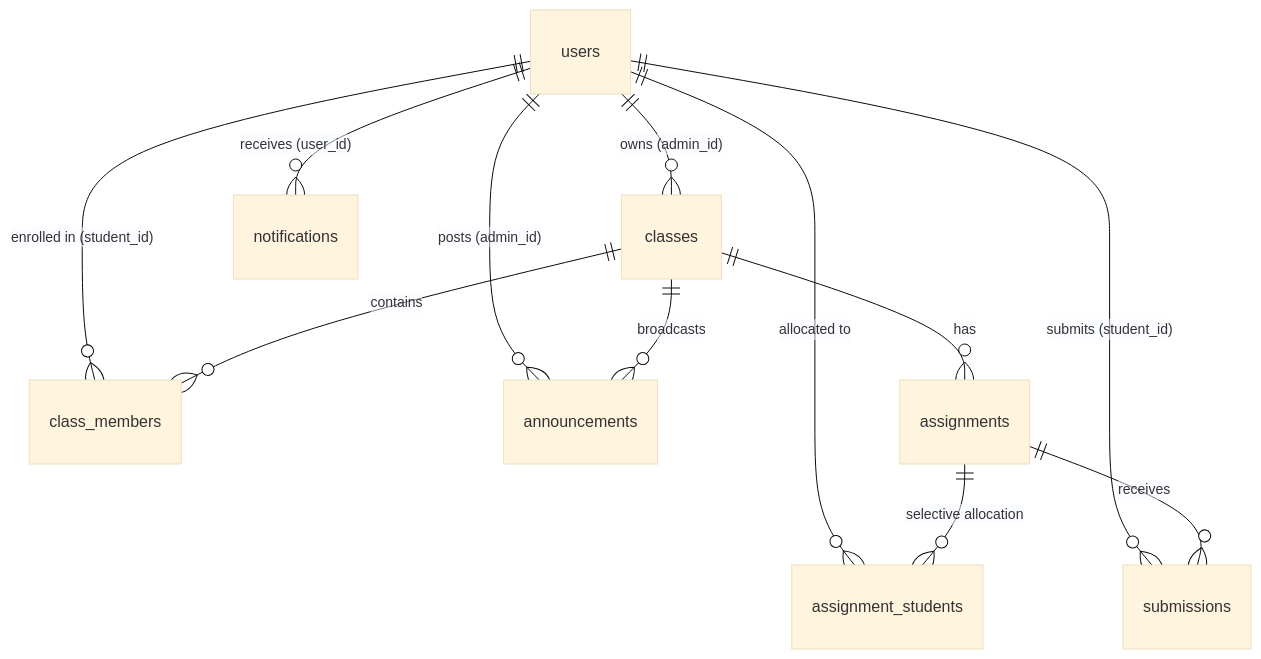
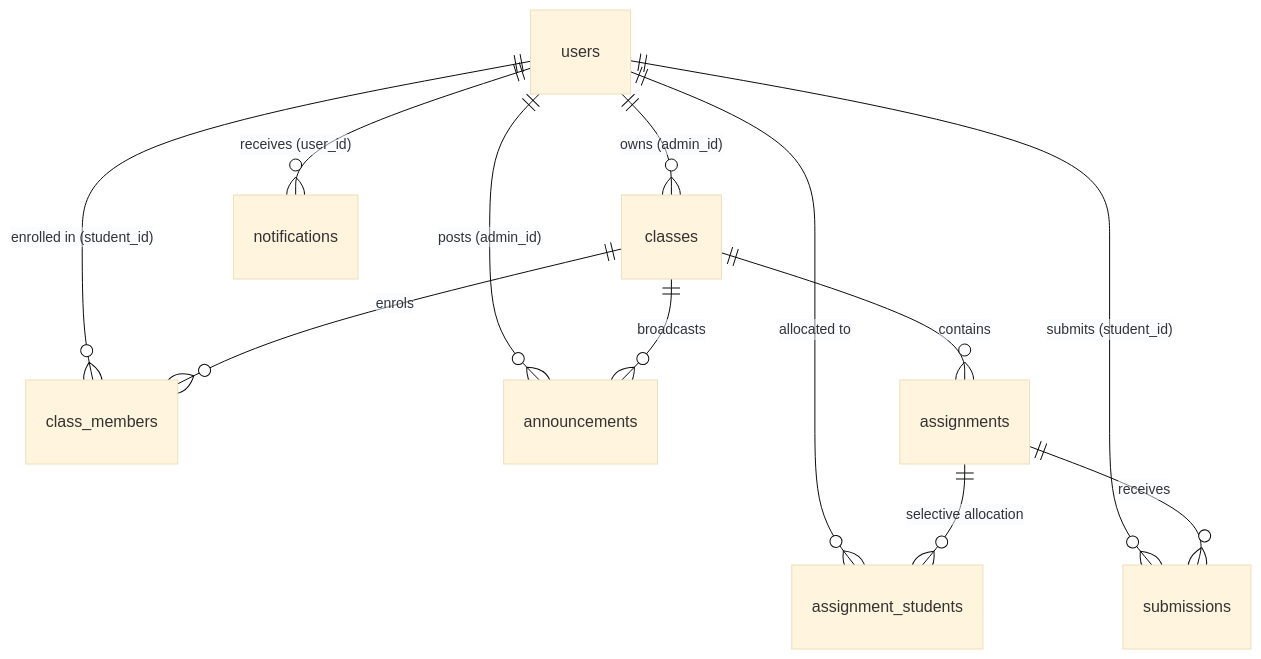
One commit to DarshanDevadiga/assignora changed the third of 3 diagrams in README.md. Above: the diagram before and after it, drawn with Mermaid (base theme). The commit also changed other lines of this file and 2 other files, not shown here.

````diff
--- a/README.md
+++ b/README.md
@@ -143,14 +444,14 @@
 ```mermaid
 erDiagram
     users ||--o{ classes : "owns (admin_id)"
     users ||--o{ class_members : "enrolled in (student_id)"
     users ||--o{ assignment_students : "allocated to"
     users ||--o{ submissions : "submits (student_id)"
     users ||--o{ announcements : "posts (admin_id)"
     users ||--o{ notifications : "receives (user_id)"
-    classes ||--o{ class_members : "contains"
-    classes ||--o{ assignments : "has"
+    classes ||--o{ class_members : "enrols"
+    classes ||--o{ assignments : "contains"
     classes ||--o{ announcements : "broadcasts"
     assignments ||--o{ assignment_students : "selective allocation"
     assignments ||--o{ submissions : "receives"
 ```
````
